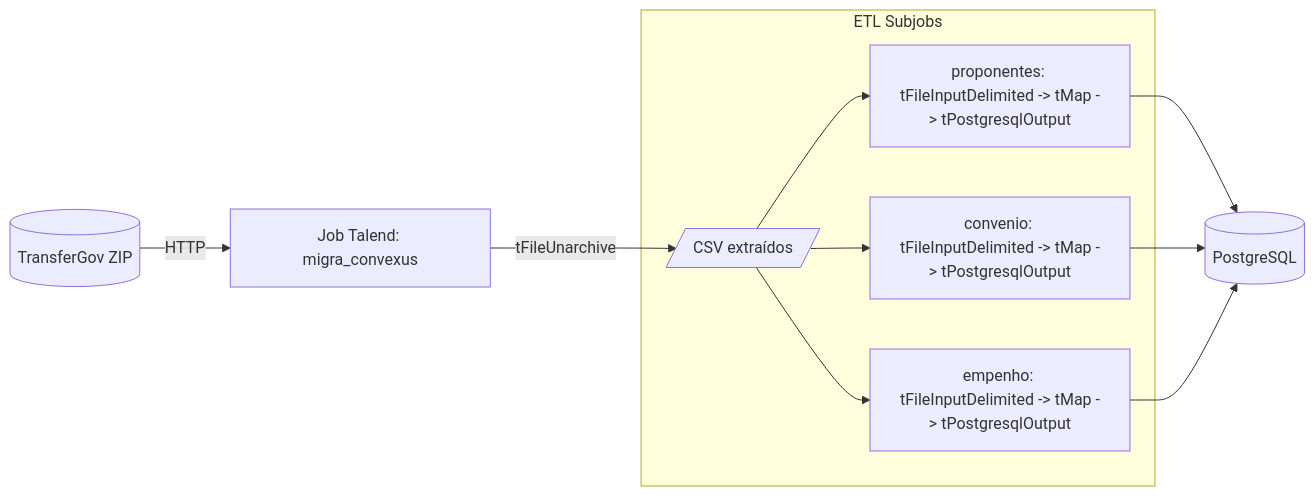
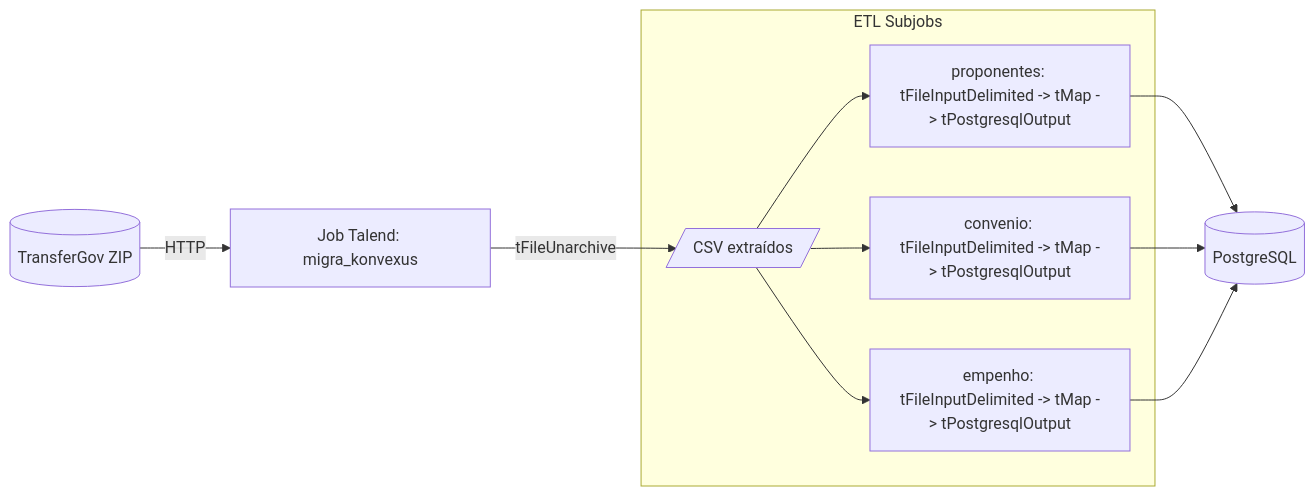
One commit to padeatho/teste changed the first of 4 diagrams in teste.md. Above: the diagram before and after it, drawn with Mermaid. The commit also changed other lines of this file, not shown here.

````diff
--- a/teste.md
+++ b/teste.md
@@ -13,11 +13,11 @@
 ```mermaid
 flowchart LR
-    TG[(TransferGov ZIP)] -- HTTP --> J[Job Talend: migra_convexus]
+    TG[(TransferGov ZIP)] -- HTTP --> J[Job Talend: migra_konvexus]
     J -- tFileUnarchive --> STG[/CSV extraídos/]
     subgraph ETL Subjobs
       STG --> P1[proponentes: tFileInputDelimited -> tMap -> tPostgresqlOutput]
       STG --> P2[convenio: tFileInputDelimited -> tMap -> tPostgresqlOutput]
       STG --> P3[empenho: tFileInputDelimited -> tMap -> tPostgresqlOutput]
     end
     P1 & P2 & P3 --> PG[(PostgreSQL)]
 ```
````
